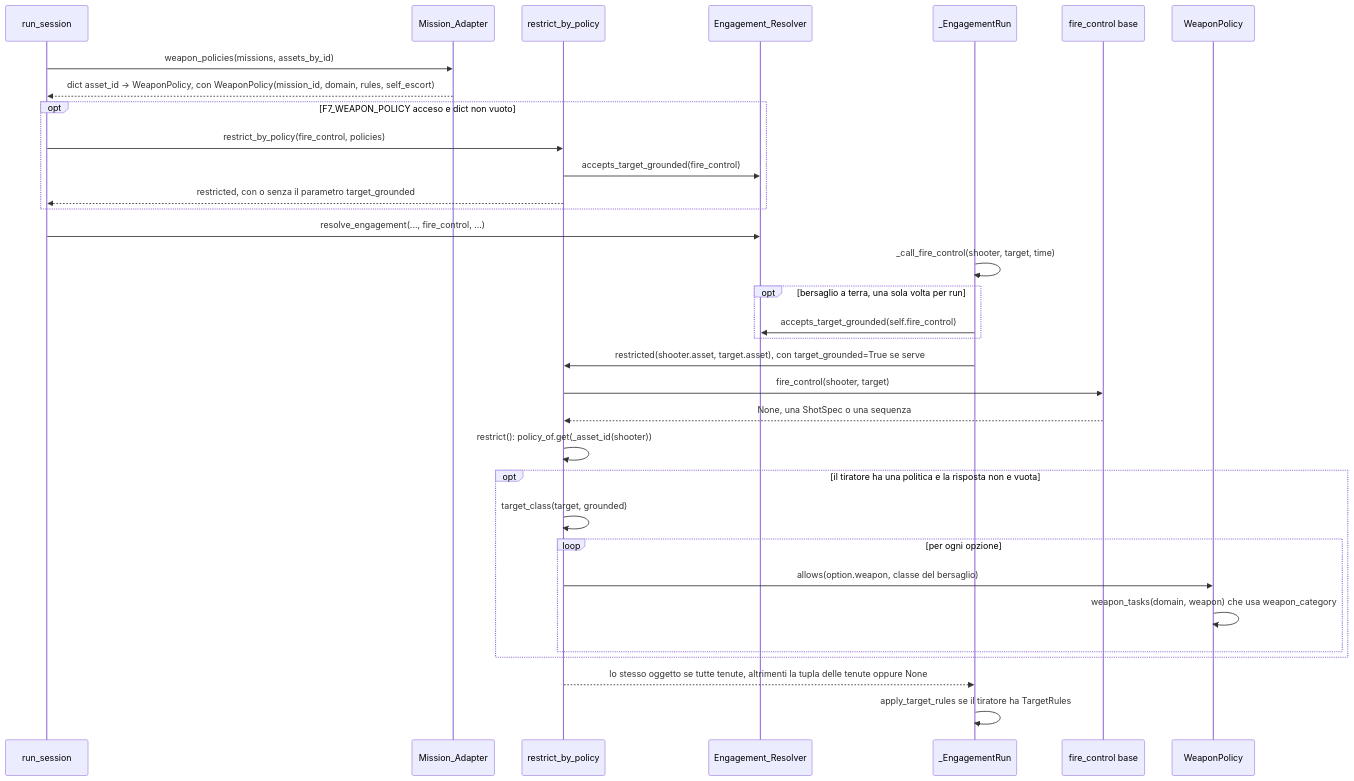
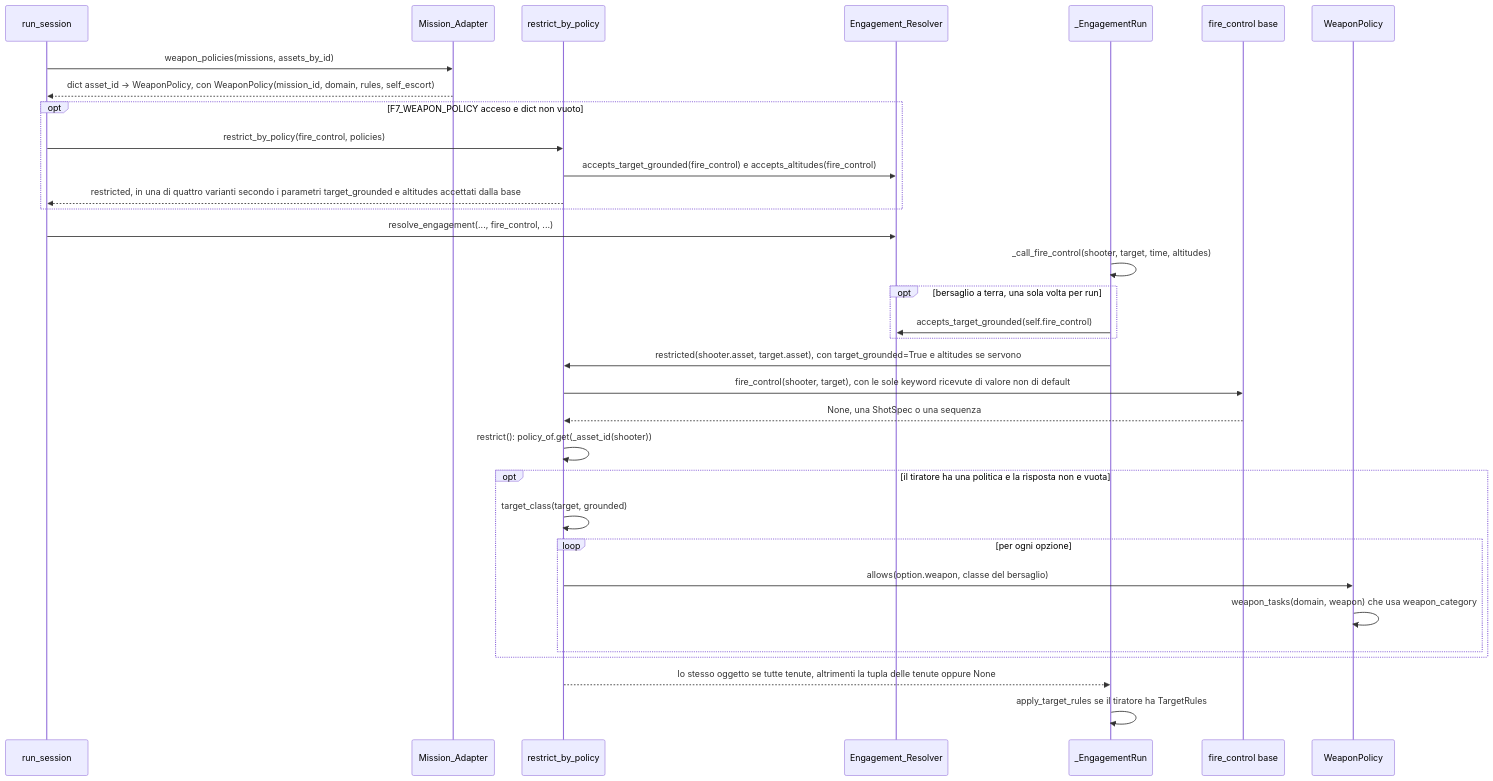
Before and after one commit to MakusIV/Warfare-Model: the eighth of 22 diagrams in Analysis/Document/Manuale_Motore_DES/11a_Atlante_Risolutore.md, drawn with Mermaid. The commit also changed other lines of this file and 5 other files, not shown here.

````diff
--- a/Analysis/Document/Manuale_Motore_DES/11a_Atlante_Risolutore.md
+++ b/Analysis/Document/Manuale_Motore_DES/11a_Atlante_Risolutore.md
@@ -505,35 +508,35 @@
 ```mermaid
 sequenceDiagram
     participant SS as run_session
     participant MA as Mission_Adapter
     participant RP as restrict_by_policy
     participant ER as Engagement_Resolver
     participant RUN as _EngagementRun
     participant BASE as fire_control base
     participant WP as WeaponPolicy
     SS->>MA: weapon_policies(missions, assets_by_id)
     MA-->>SS: dict asset_id -> WeaponPolicy, con WeaponPolicy(mission_id, domain, rules, self_escort)
     opt F7_WEAPON_POLICY acceso e dict non vuoto
         SS->>RP: restrict_by_policy(fire_control, policies)
-        RP->>ER: accepts_target_grounded(fire_control)
-        RP-->>SS: restricted, con o senza il parametro target_grounded
+        RP->>ER: accepts_target_grounded(fire_control) e accepts_altitudes(fire_control)
+        RP-->>SS: restricted, in una di quattro varianti secondo i parametri target_grounded e altitudes accettati dalla base
     end
     SS->>ER: resolve_engagement(..., fire_control, ...)
-    RUN->>RUN: _call_fire_control(shooter, target, time)
+    RUN->>RUN: _call_fire_control(shooter, target, time, altitudes)
     opt bersaglio a terra, una sola volta per run
         RUN->>ER: accepts_target_grounded(self.fire_control)
     end
-    RUN->>RP: restricted(shooter.asset, target.asset), con target_grounded=True se serve
-    RP->>BASE: fire_control(shooter, target)
+    RUN->>RP: restricted(shooter.asset, target.asset), con target_grounded=True e altitudes se servono
+    RP->>BASE: fire_control(shooter, target), con le sole keyword ricevute di valore non di default
     BASE-->>RP: None, una ShotSpec o una sequenza
     RP->>RP: restrict(): policy_of.get(_asset_id(shooter))
     opt il tiratore ha una politica e la risposta non e vuota
         RP->>RP: target_class(target, grounded)
         loop per ogni opzione
             RP->>WP: allows(option.weapon, classe del bersaglio)
             WP->>WP: weapon_tasks(domain, weapon) che usa weapon_category
         end
     end
     RP-->>RUN: lo stesso oggetto se tutte tenute, altrimenti la tupla delle tenute oppure None
     RUN->>RUN: apply_target_rules se il tiratore ha TargetRules
 ```
````
